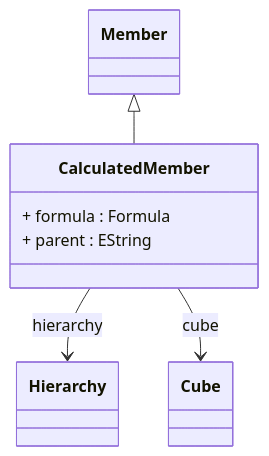
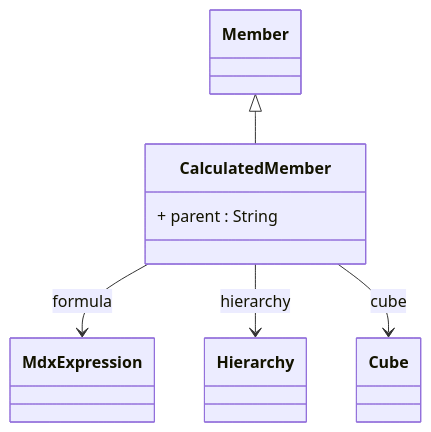
Before and after one commit to eclipse-daanse/eclipse-daanse.github.io: the diagram in docs/cubeserver/model/class-CalculatedMember.md, drawn with Mermaid. The commit also changed other lines of this file and 138 other files, not shown here.

````diff
--- a/docs/cubeserver/model/class-CalculatedMember.md
+++ b/docs/cubeserver/model/class-CalculatedMember.md
@@ -95,12 +97,12 @@
 ```mermaid
 classDiagram
   class CalculatedMember {
-    + formula : Formula
-    + parent : EString
+    + parent : String
   }
 
   Member <|-- CalculatedMember
+  CalculatedMember --> MdxExpression : formula
   CalculatedMember --> Hierarchy : hierarchy
   CalculatedMember --> Cube : cube
 
 ```
````
